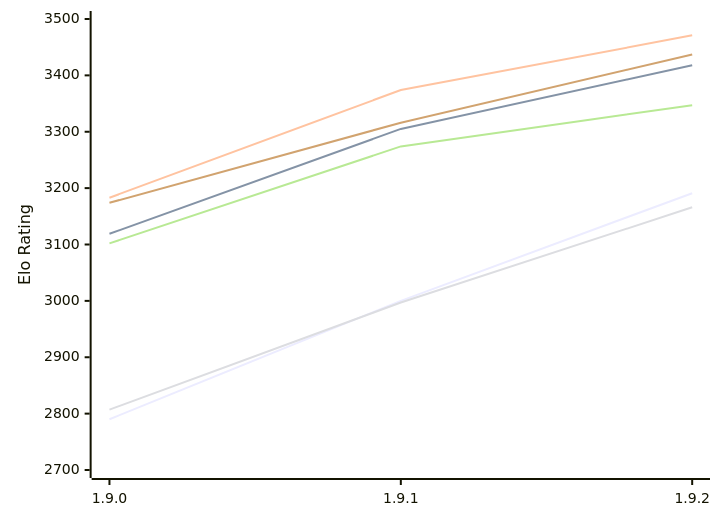
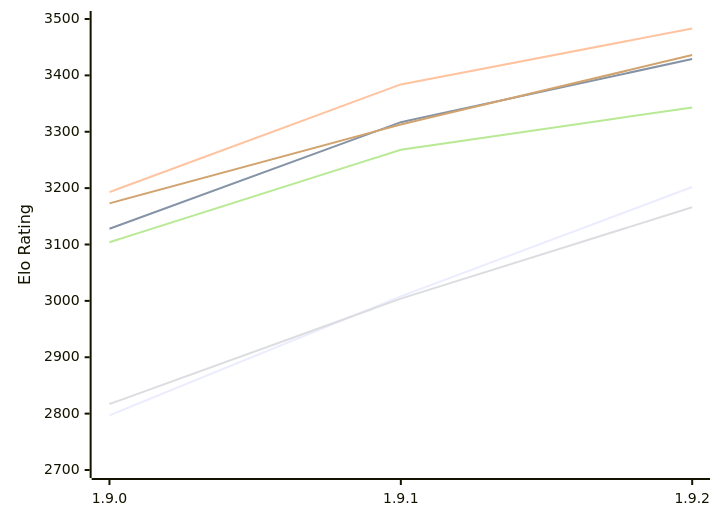
The diagram in engines/Superpawn.md (computer-chess-index/cci), drawn with Mermaid before and after one commit. The commit also changed other lines of this file, not shown here.

Commit message:
Update CCI Ratings (ELO VLTC) - 2026-11-16

````diff
--- a/engines/Superpawn.md
+++ b/engines/Superpawn.md
@@ -51,12 +51,12 @@
 ```mermaid
 %%{init: {"theme":"base","themeVariables":{"seriesColors:['#a3a3a3','#222221','#faa371']}}}%%
 xychart-beta
   x-axis ["1.9.0", "1.9.1", "1.9.2"]
   y-axis "Elo Rating" 2700 --> 3500
-  line "E1: STC (8.0+0.08s)" [2790, 3000, 3191]
-  line "E1: LTC (60.0+0.60s)" [3119, 3305, 3418]
-  line "E1: VLTC (2m24s+1.12s)" [3183, 3374, 3471]
-  line "P1: STC (8.0+0.08s)" [2807, 2997, 3166]
-  line "P1: LTC (60.0+0.60s)" [3102, 3274, 3347]
-  line "P1: VLTC (2m24s+1.12s)" [3174, 3316, 3437]
+  line "E1: STC (8.0+0.08s)" [2797, 3008, 3202]
+  line "E1: LTC (60.0+0.60s)" [3128, 3317, 3429]
+  line "E1: VLTC (2m24s+1.12s)" [3193, 3384, 3483]
+  line "P1: STC (8.0+0.08s)" [2817, 3004, 3166]
+  line "P1: LTC (60.0+0.60s)" [3104, 3268, 3343]
+  line "P1: VLTC (2m24s+1.12s)" [3173, 3313, 3436]
 ```
````
